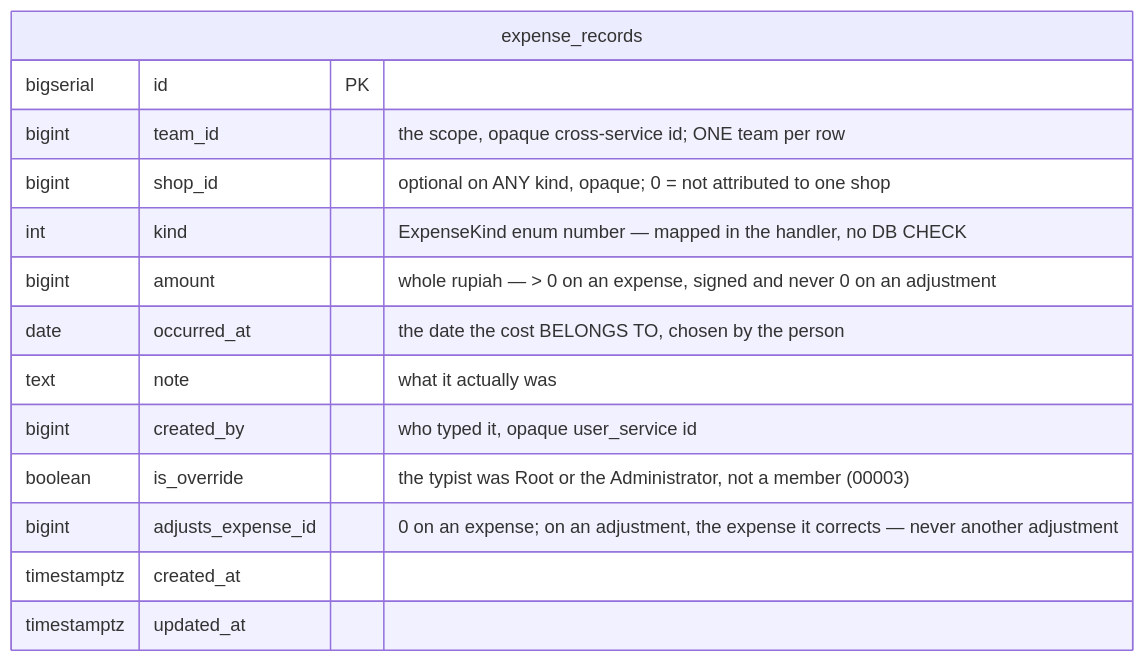
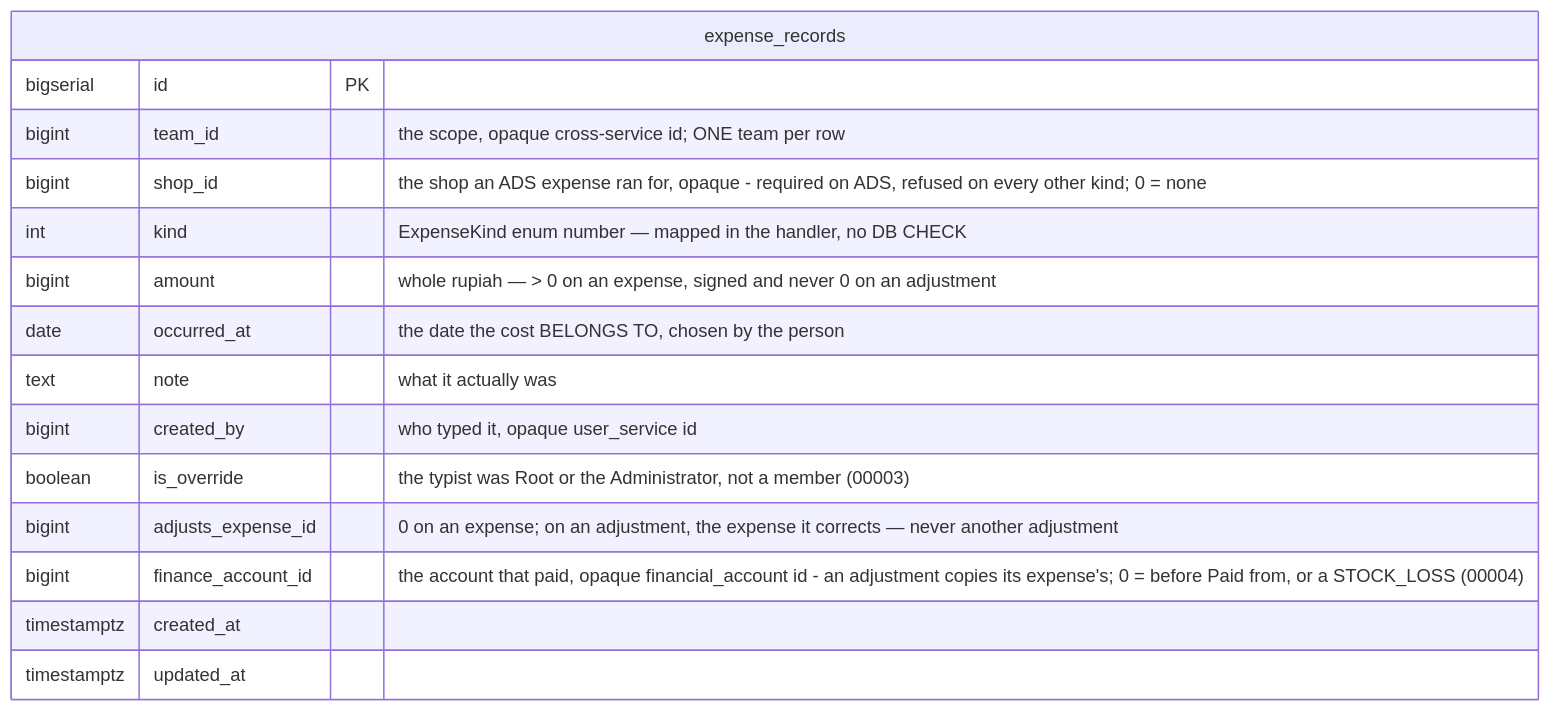
One commit to pdcgo/warehouse_revamp changed diagram 15 of 22 in docs/database-schema.md. Above: the diagram before and after it, drawn with Mermaid. The commit also changed other lines of this file and 348 other files, not shown here.

````diff
--- a/docs/database-schema.md
+++ b/docs/database-schema.md
@@ -1613,17 +1613,18 @@
 ```mermaid
 erDiagram
     expense_records {
         bigserial   id          PK
         bigint      team_id     "the scope, opaque cross-service id; ONE team per row"
-        bigint      shop_id     "optional on ANY kind, opaque; 0 = not attributed to one shop"
+        bigint      shop_id     "the shop an ADS expense ran for, opaque - required on ADS, refused on every other kind; 0 = none"
         int         kind        "ExpenseKind enum number — mapped in the handler, no DB CHECK"
         bigint      amount      "whole rupiah — > 0 on an expense, signed and never 0 on an adjustment"
         date        occurred_at "the date the cost BELONGS TO, chosen by the person"
         text        note        "what it actually was"
         bigint      created_by  "who typed it, opaque user_service id"
         boolean     is_override "the typist was Root or the Administrator, not a member (00003)"
         bigint      adjusts_expense_id "0 on an expense; on an adjustment, the expense it corrects — never another adjustment"
+        bigint      finance_account_id "the account that paid, opaque financial_account id - an adjustment copies its expense's; 0 = before Paid from, or a STOCK_LOSS (00004)"
         timestamptz created_at
         timestamptz updated_at
     }
 ```
````
